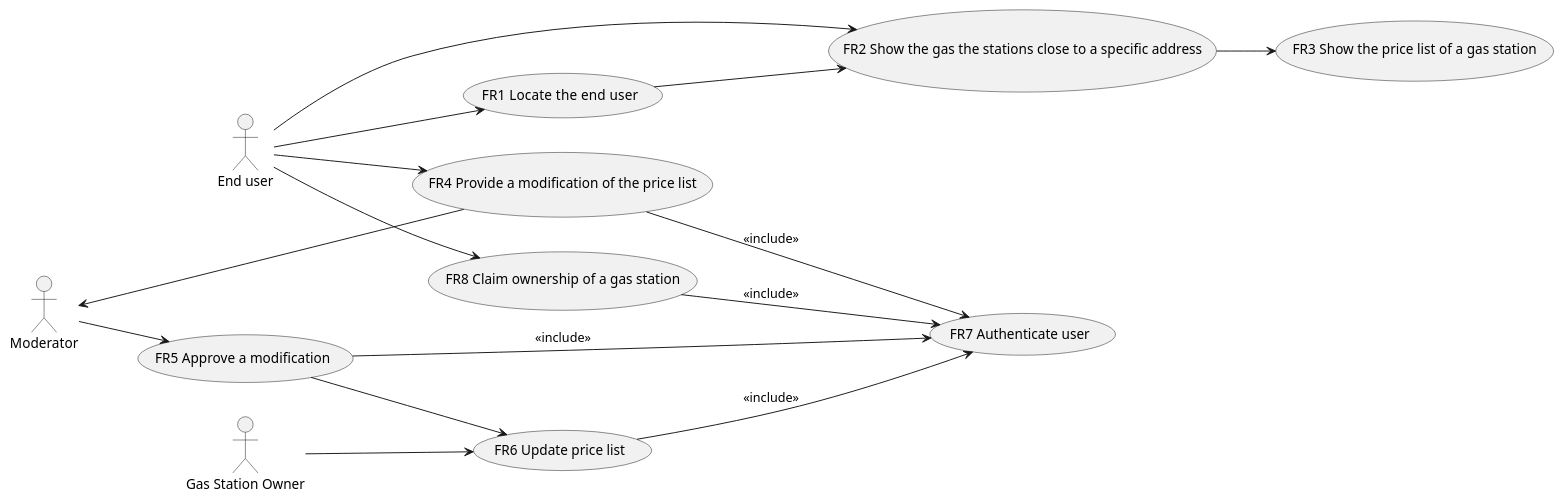
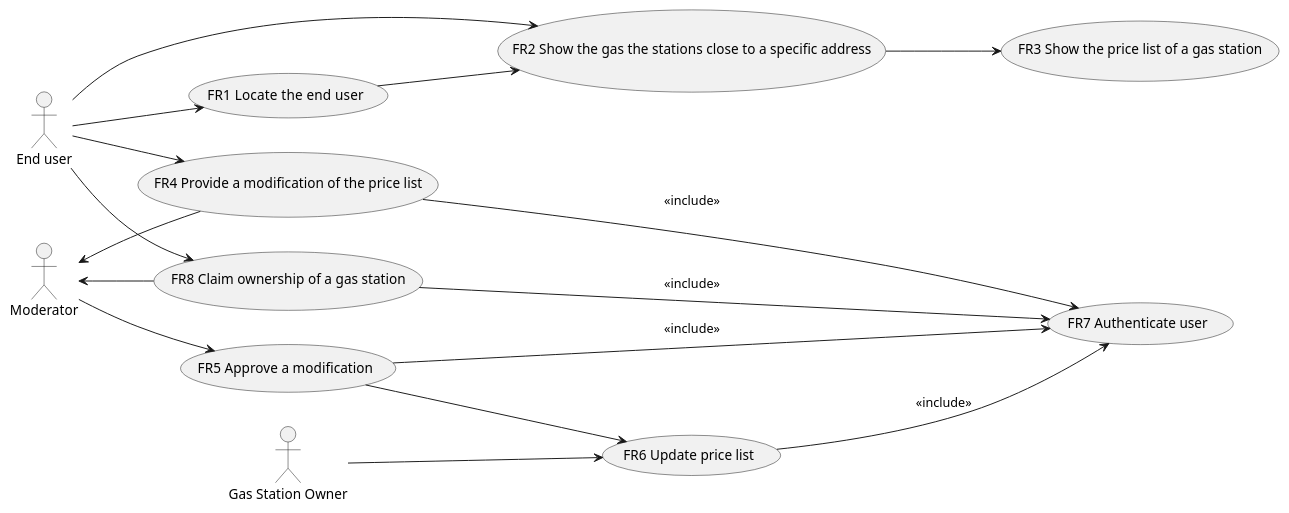
The second of 2 diagrams in REQ_s269679.md (SoftengPoliTo/Lab2), drawn with PlantUML before and after one commit.

Commit message:
Updated the use case diagram, the moderator is triggered by an ownership request

````diff
--- a/REQ_s269679.md
+++ b/REQ_s269679.md
@@ -91,20 +91,21 @@
 ```plantuml
 left to right direction
 actor "End user" as u
 actor "Moderator" as m
 actor "Gas Station Owner" as go
 u --> (FR1  Locate the end user)
 u --> (FR2 Show the gas the stations close to a specific address)
 (FR1  Locate the end user) --> (FR2 Show the gas the stations close to a specific address)
 (FR2 Show the gas the stations close to a specific address) --> (FR3 Show the price list of a gas station)
 u --> (FR4 Provide a modification of the price list)
 (FR4 Provide a modification of the price list) --> (FR7 Authenticate user) : <<include>>
 u --> (FR8 Claim ownership of a gas station)
 (FR8 Claim ownership of a gas station) --> (FR7 Authenticate user) : <<include>>
+m <-- (FR8 Claim ownership of a gas station)
 m <-- (FR4 Provide a modification of the price list)
 m --> (FR5 Approve a modification)
 (FR5 Approve a modification) --> (FR7 Authenticate user) : <<include>>
 (FR5 Approve a modification) --> (FR6 Update price list)
 (FR6 Update price list) --> (FR7 Authenticate user) : <<include>>
 go --> (FR6 Update price list)
 ```
````
